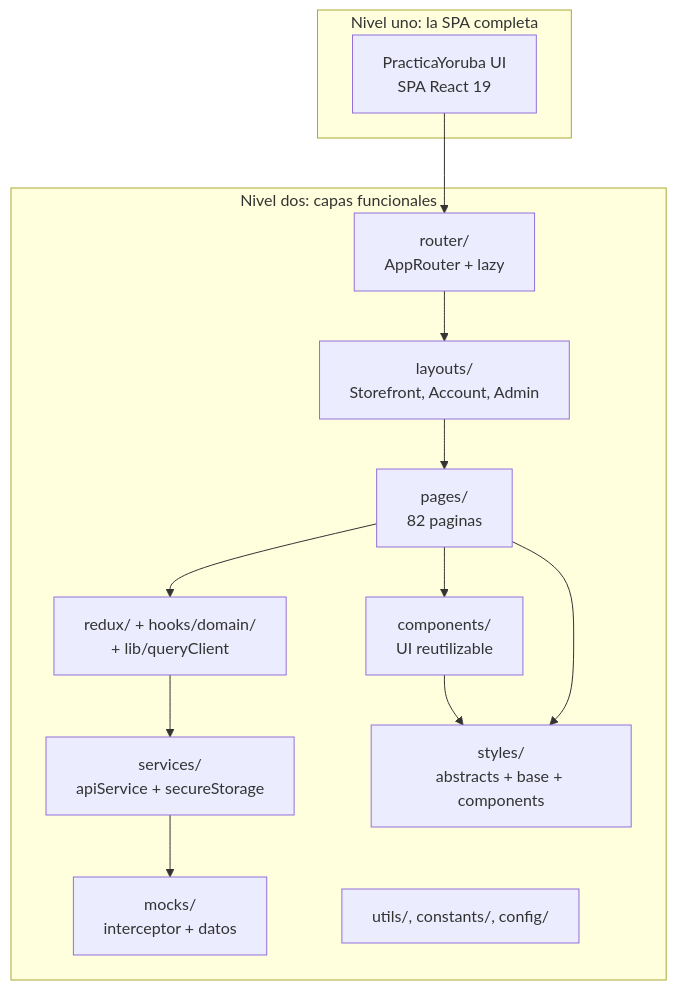
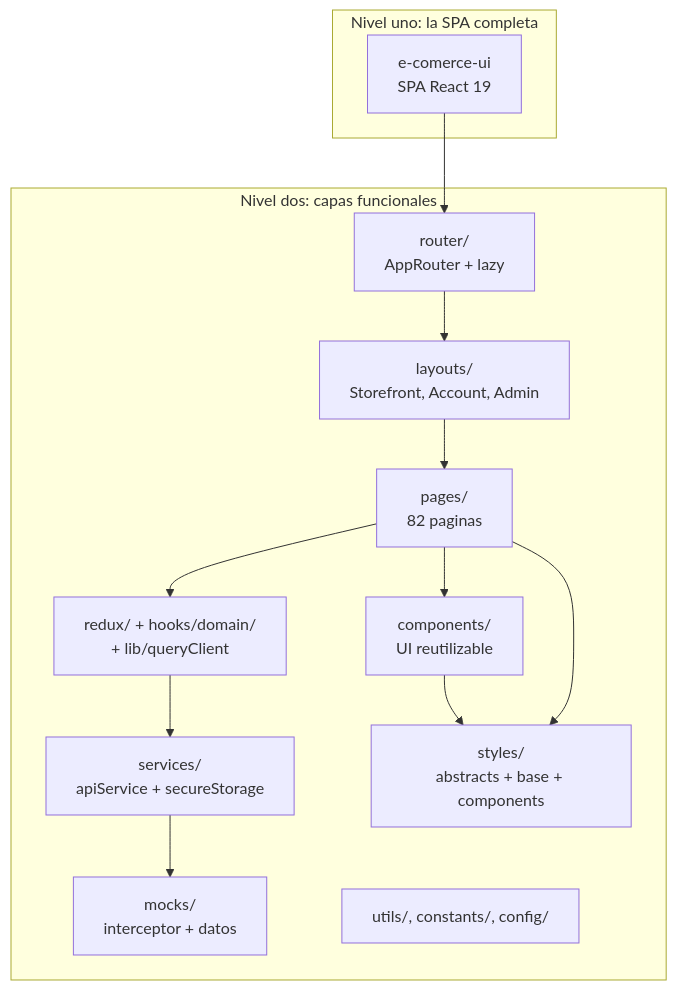
One commit to jcg-admin/template-ecommerce-ui changed the first of 2 diagrams in docs/vista-de-bloques-de-construccion/vista-de-bloques-de-construccion.md. Above: the diagram before and after it, drawn with Mermaid. The commit also changed other lines of this file and 14 other files, not shown here.

````diff
--- a/docs/vista-de-bloques-de-construccion/vista-de-bloques-de-construccion.md
+++ b/docs/vista-de-bloques-de-construccion/vista-de-bloques-de-construccion.md
@@ -9,28 +9,28 @@
 ```mermaid
 flowchart TB
     subgraph nivel_uno [Nivel uno: la SPA completa]
-        SPA["PracticaYoruba UI<br/>SPA React 19"]
+        SPA["e-comerce-ui<br/>SPA React 19"]
     end
 
     subgraph nivel_dos [Nivel dos: capas funcionales]
         Router["router/<br/>AppRouter + lazy"]
         Layouts["layouts/<br/>Storefront, Account, Admin"]
         Pages["pages/<br/>82 paginas"]
         Components["components/<br/>UI reutilizable"]
         State["redux/ + hooks/domain/<br/>+ lib/queryClient"]
         Services["services/<br/>apiService + secureStorage"]
         Mocks["mocks/<br/>interceptor + datos"]
         Styles["styles/<br/>abstracts + base + components"]
         Utils["utils/, constants/, config/"]
     end
 
     SPA --> Router
     Router --> Layouts
     Layouts --> Pages
     Pages --> Components
     Pages --> State
     State --> Services
     Services --> Mocks
     Components --> Styles
     Pages --> Styles
 ```
````
